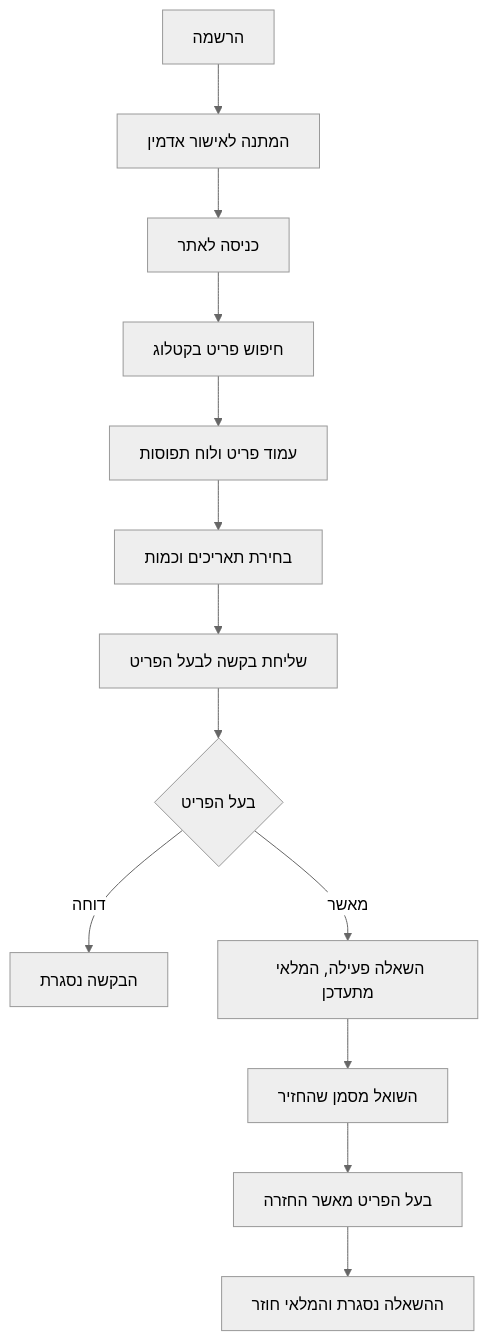
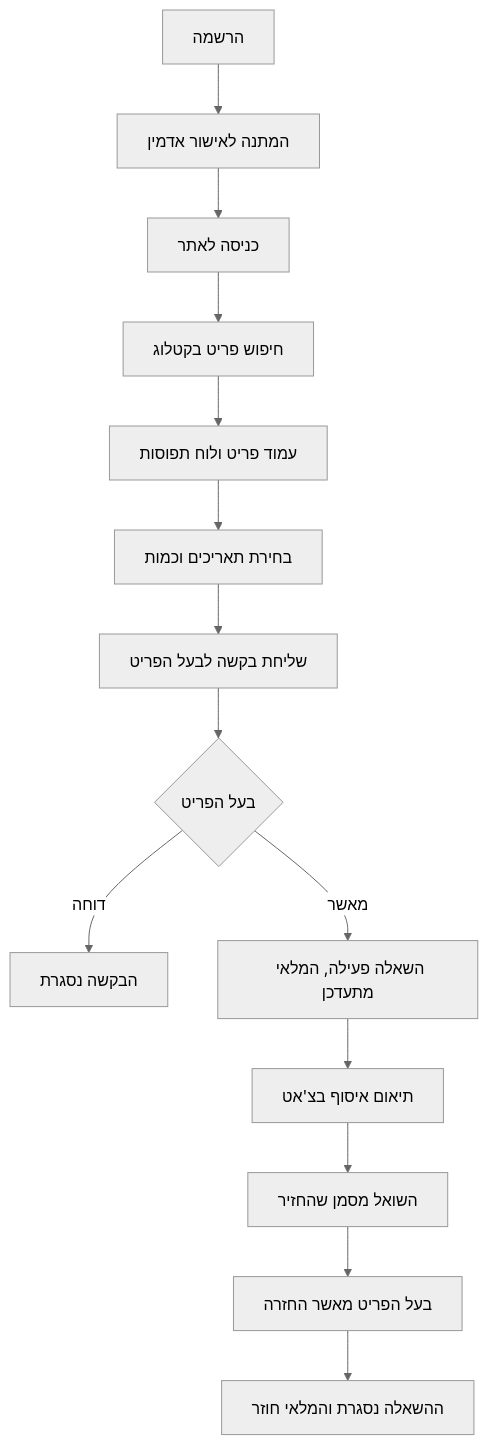
Before and after one commit to noa9585/Community-Share: the first of 2 diagrams in docs/SPEC_ADDITIONS.md, drawn with Mermaid (neutral theme). The commit also changed other lines of this file and 61 other files, not shown here.

````diff
--- a/docs/SPEC_ADDITIONS.md
+++ b/docs/SPEC_ADDITIONS.md
@@ -104,15 +143,16 @@
 ```mermaid
 flowchart TD
     A[הרשמה] --> B[המתנה לאישור אדמין]
     B --> C[כניסה לאתר]
     C --> D[חיפוש פריט בקטלוג]
     D --> E[עמוד פריט ולוח תפוסות]
     E --> F[בחירת תאריכים וכמות]
     F --> G[שליחת בקשה לבעל הפריט]
     G --> H{בעל הפריט}
     H -- דוחה --> I[הבקשה נסגרת]
     H -- מאשר --> J[השאלה פעילה, המלאי מתעדכן]
-    J --> K[השואל מסמן שהחזיר]
+    J --> J2[תיאום איסוף בצ'אט]
+    J2 --> K[השואל מסמן שהחזיר]
     K --> L[בעל הפריט מאשר החזרה]
     L --> M[ההשאלה נסגרת והמלאי חוזר]
 ```
````
